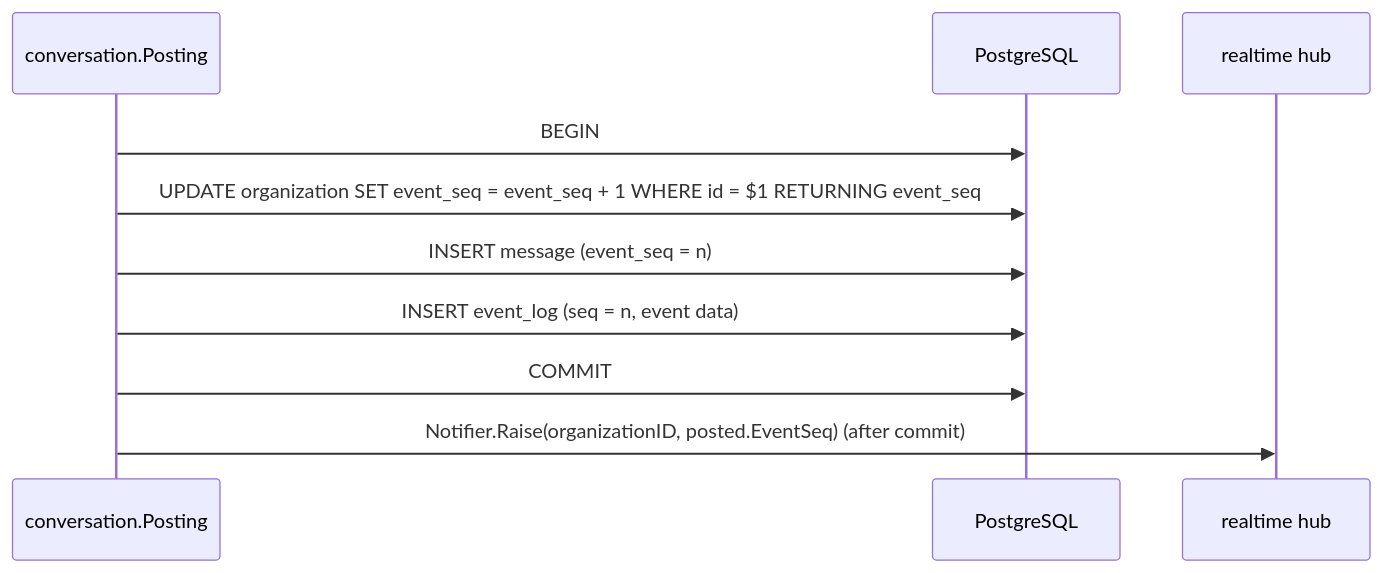
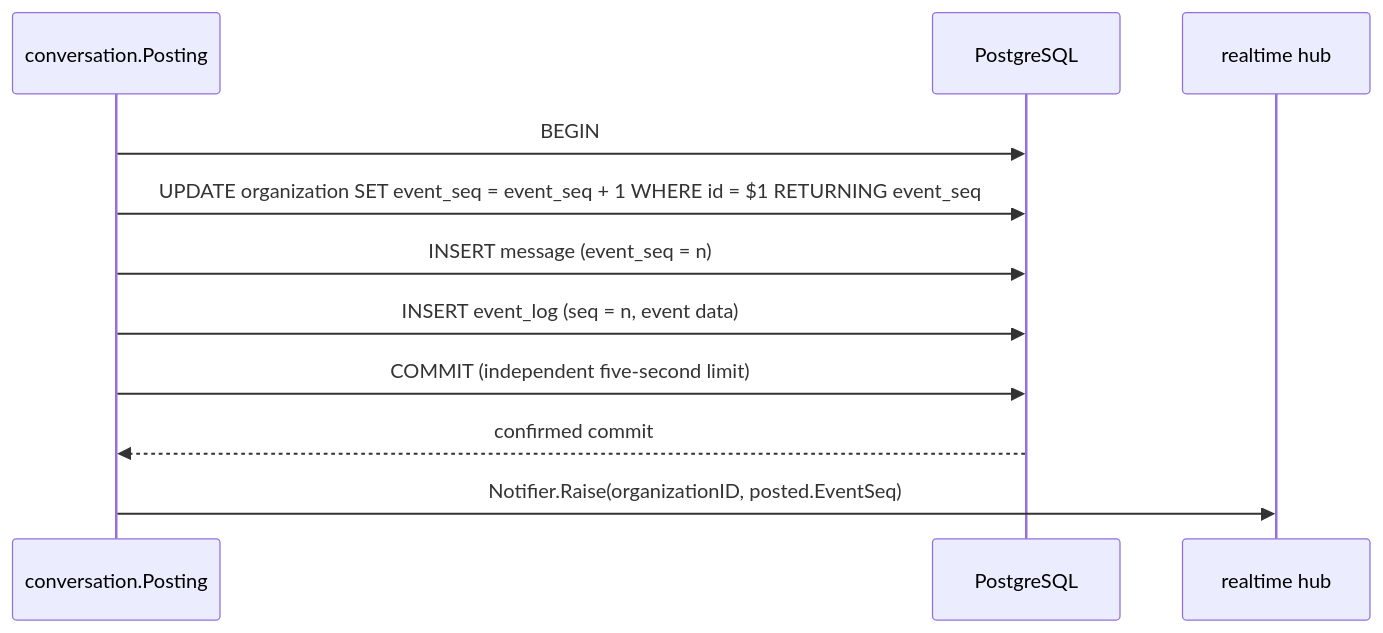
Before and after one commit to tkakkie/ribbitto: the diagram in docs/architecture/posting.md, drawn with Mermaid. The commit also changed other lines of this file and 5 other files, not shown here.

````diff
--- a/docs/architecture/posting.md
+++ b/docs/architecture/posting.md
@@ -6,12 +6,13 @@
 ```mermaid
 sequenceDiagram
   participant A as conversation.Posting
   participant DB as PostgreSQL
   participant H as realtime hub
   A->>DB: BEGIN
   A->>DB: UPDATE organization SET event_seq = event_seq + 1 WHERE id = $1 RETURNING event_seq
   A->>DB: INSERT message (event_seq = n)
   A->>DB: INSERT event_log (seq = n, event data)
-  A->>DB: COMMIT
-  A->>H: Notifier.Raise(organizationID, posted.EventSeq) (after commit)
+  A->>DB: COMMIT (independent five-second limit)
+  DB-->>A: confirmed commit
+  A->>H: Notifier.Raise(organizationID, posted.EventSeq)
 ```
````
